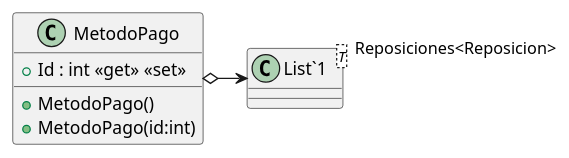
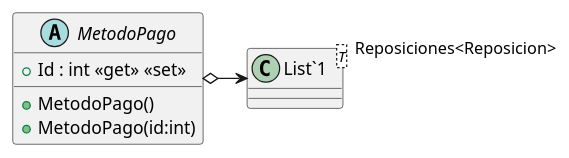
Before and after one commit to ISII2627DDNProject/ISII2627DDNProject: the diagram in src/AppForSEII.API/ClassDiagram/MetodoPago.puml, drawn with PlantUML. The commit also changed 1 other file, not shown here.

Commit message:
Declaro la clase MetodoPago como abstracta

```diff
--- a/src/AppForSEII.API/ClassDiagram/MetodoPago.puml
+++ b/src/AppForSEII.API/ClassDiagram/MetodoPago.puml
@@ -1,10 +1,10 @@
 @startuml
-class MetodoPago {
+abstract class MetodoPago {
     + MetodoPago()
     + MetodoPago(id:int)
     + Id : int <<get>> <<set>>
 }
 class "List`1"<T> {
 }
 MetodoPago o-> "Reposiciones<Reposicion>" "List`1"
 @enduml
```
